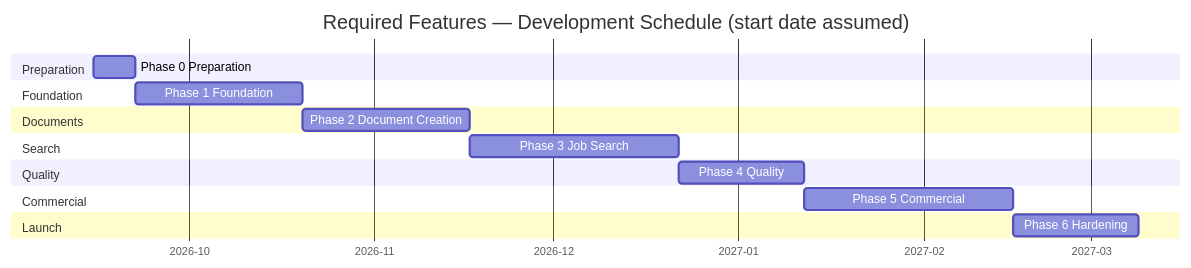
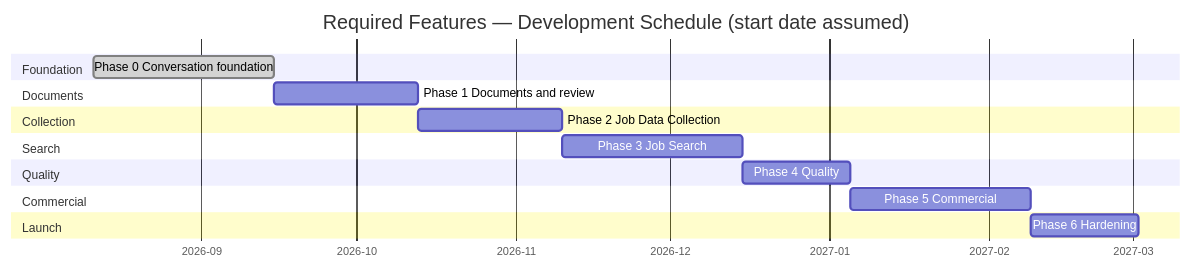
The sixth of 7 diagrams in documentation/markdown/en/Project_Schedule.md (KashouMMT/llm-system), drawn with Mermaid before and after one commit. The commit also changed other lines of this file and 36 other files, not shown here.

````diff
--- a/documentation/markdown/en/Project_Schedule.md
+++ b/documentation/markdown/en/Project_Schedule.md
@@ -386,20 +418,20 @@
 ```mermaid
 gantt
     title Required Features — Development Schedule (start date assumed)
     dateFormat YYYY-MM-DD
     axisFormat %Y-%m
-    section Preparation
-    Phase 0 Preparation        :p0, 2026-09-15, 1w
     section Foundation
-    Phase 1 Foundation         :p1, after p0, 4w
+    Phase 0 Conversation foundation :done, p0, 2026-08-11, 5w
     section Documents
-    Phase 2 Document Creation  :p2, after p1, 4w
+    Phase 1 Documents and review    :p1, 2026-09-15, 4w
+    section Collection
+    Phase 2 Job Data Collection     :p2, after p1, 4w
     section Search
-    Phase 3 Job Search         :p3, after p2, 5w
+    Phase 3 Job Search              :p3, after p2, 5w
     section Quality
-    Phase 4 Quality            :p4, after p3, 3w
+    Phase 4 Quality                 :p4, after p3, 3w
     section Commercial
-    Phase 5 Commercial         :p5, after p4, 5w
+    Phase 5 Commercial              :p5, after p4, 5w
     section Launch
-    Phase 6 Hardening          :p6, after p5, 3w
+    Phase 6 Hardening               :p6, after p5, 3w
 ```
````
